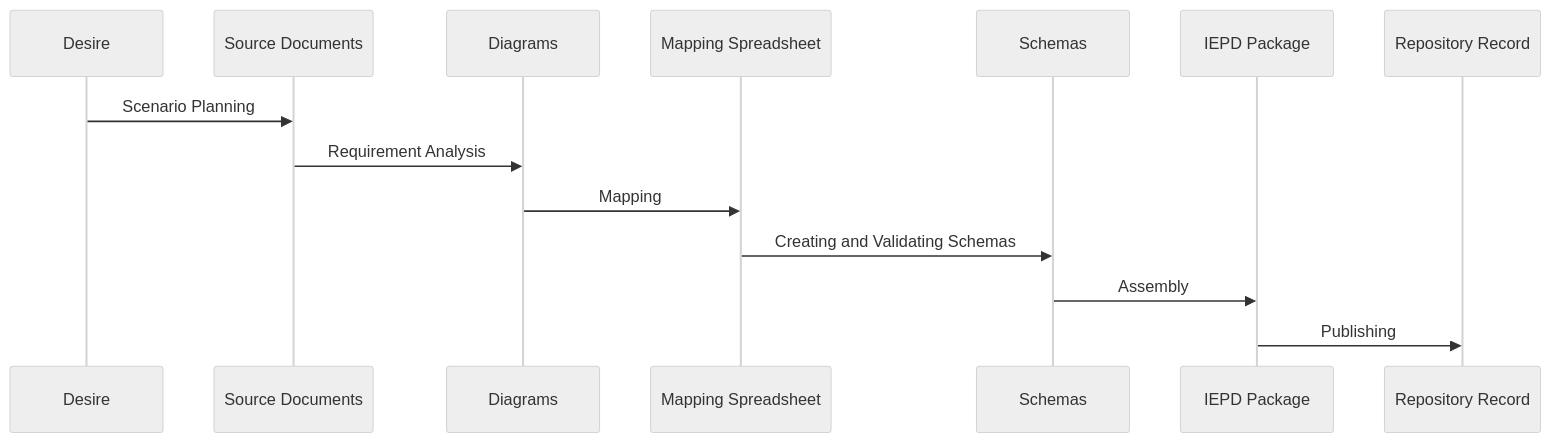
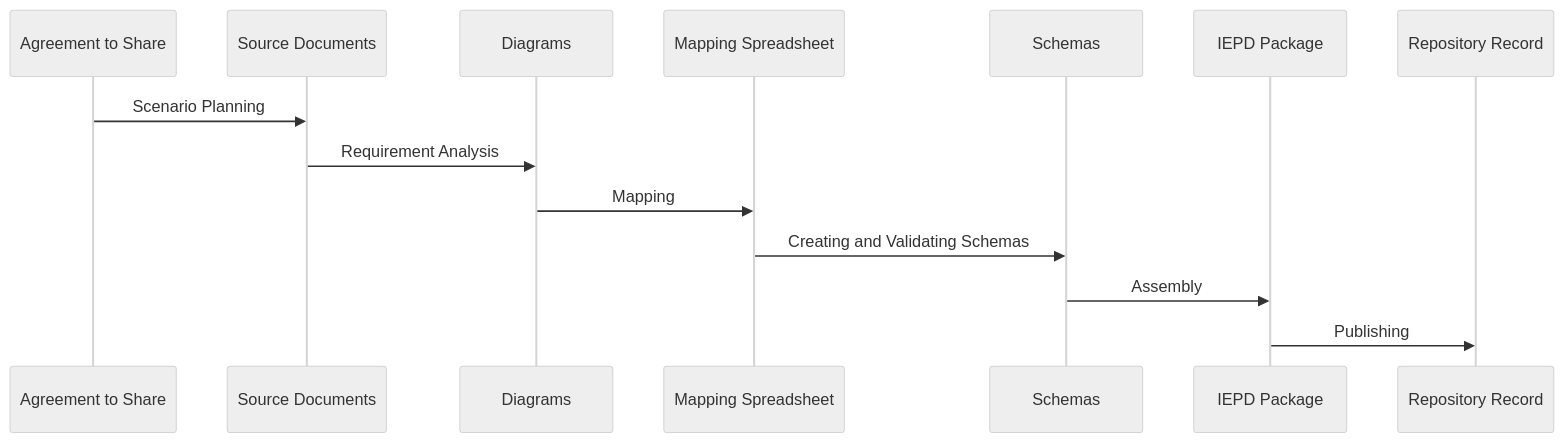
The third of 4 diagrams in IEPD Development Steps/IEPD Development Sequence Diagram.md (NIEM/NIEM-Training), drawn with Mermaid (neutral theme) before and after one commit. The commit also changed other lines of this file and 6 other files, not shown here.

Commit message:
Updated sequence diagrams

````diff
--- a/IEPD Development Steps/IEPD Development Sequence Diagram.md
+++ b/IEPD Development Steps/IEPD Development Sequence Diagram.md
@@ -35,9 +49,9 @@
 ```mermaid
 sequenceDiagram
-	Desire ->> Source Documents: Scenario Planning
+	Agreement to Share ->> Source Documents: Scenario Planning
 	Source Documents ->> Diagrams: Requirement Analysis
 	Diagrams ->> Mapping Spreadsheet: Mapping
 	Mapping Spreadsheet ->> Schemas: Creating and Validating Schemas
 	Schemas ->> IEPD Package: Assembly
 	IEPD Package ->> Repository Record: Publishing
 ```
````
